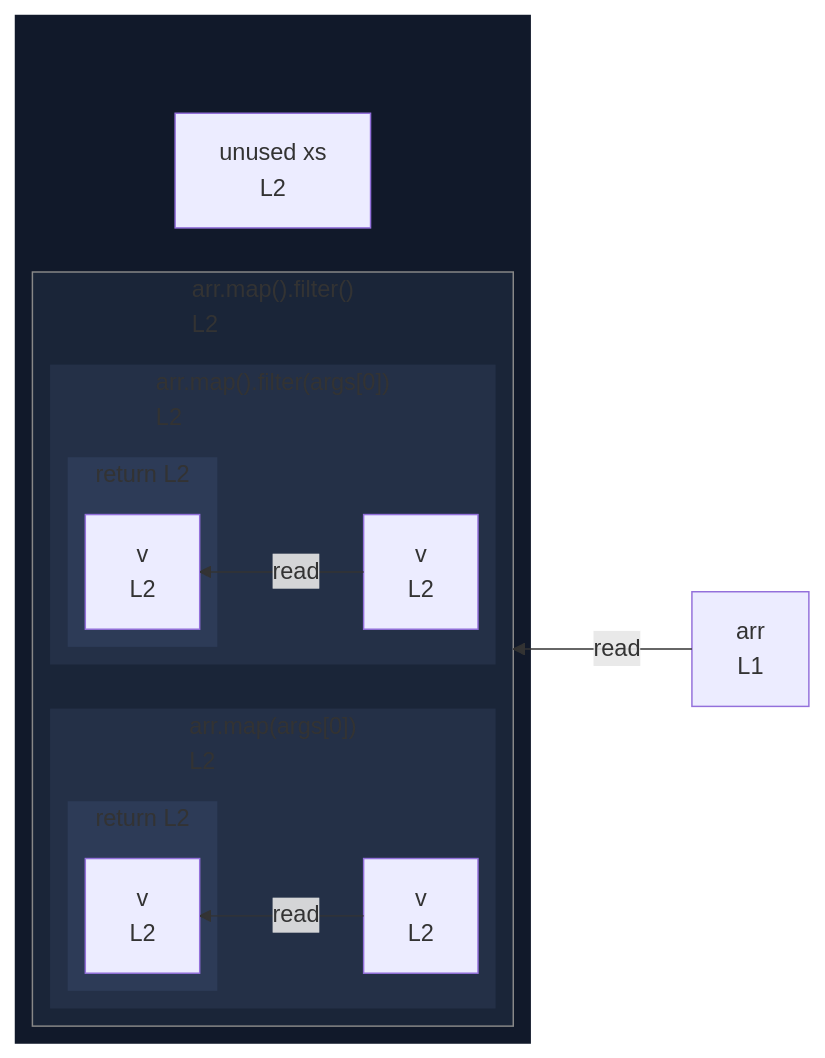
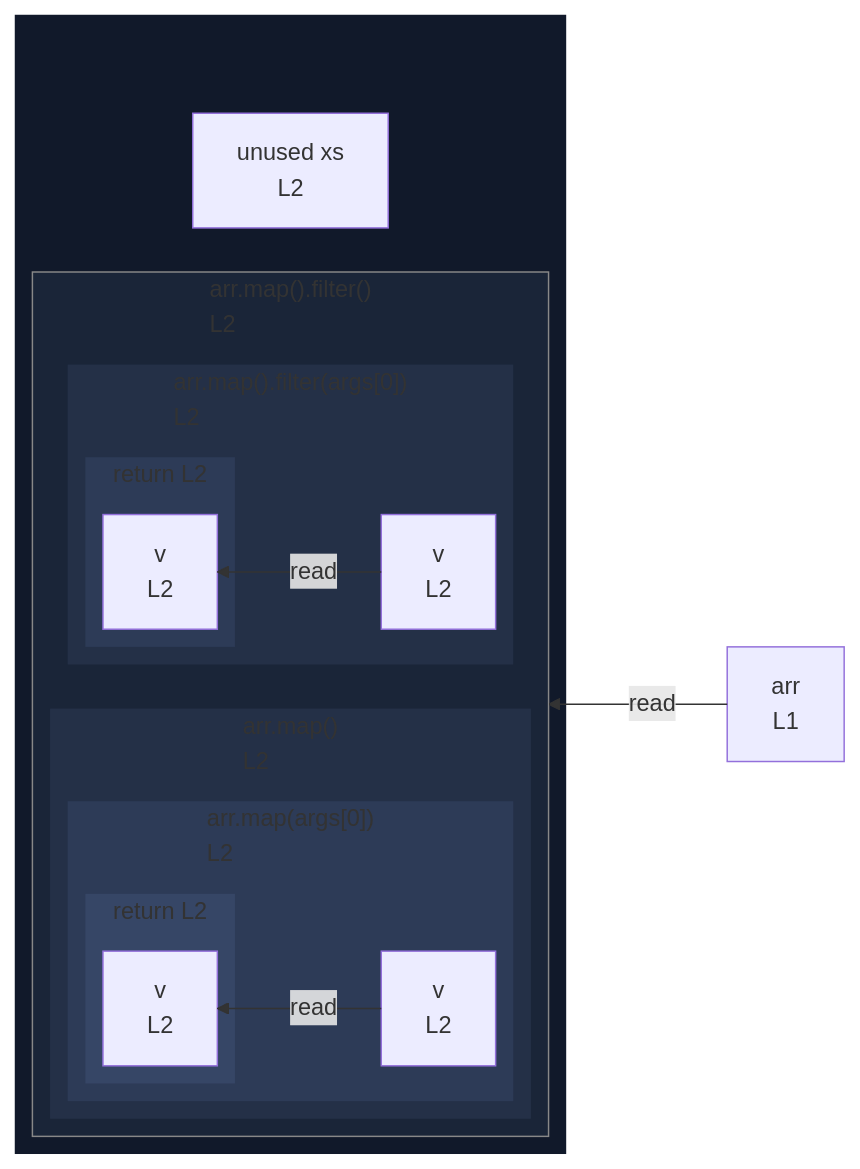
Before and after one commit to crescware/unsnarl: the diagram in integration/fixtures/callback/chained-methods/preview.md, drawn with Mermaid. The commit also changed 8 other files, not shown here.

````diff
--- a/integration/fixtures/callback/chained-methods/preview.md
+++ b/integration/fixtures/callback/chained-methods/preview.md
@@ -12,43 +12,48 @@
 ```mermaid
 %%{init: {"flowchart": {"defaultRenderer": "elk"}}}%%
 flowchart RL
   n_scope_0_arr_6["arr<br/>L1"]
   subgraph wrap_call_proxy_34[" "]
     direction TB
     n_scope_0_xs_29["unused xs<br/>L2"]
     subgraph call_proxy_34["arr.map().filter()<br/>L2"]
       direction RL
-      subgraph s_scope_1["arr.map(args[0])<br/>L2"]
+      subgraph call_proxy_34_55["arr.map()<br/>L2"]
         direction RL
-        n_scope_1_v_43["v<br/>L2"]
-        subgraph s_return_scope_1_49_54["return L2"]
+        subgraph s_scope_1["arr.map(args[0])<br/>L2"]
           direction RL
-          ret_use_ref_3["v<br/>L2"]
+          n_scope_1_v_43["v<br/>L2"]
+          subgraph s_return_scope_1_49_54["return L2"]
+            direction RL
+            ret_use_ref_3["v<br/>L2"]
+          end
         end
       end
       subgraph s_scope_2["arr.map().filter(args[0])<br/>L2"]
         direction RL
         n_scope_2_v_64["v<br/>L2"]
         subgraph s_return_scope_2_70_75["return L2"]
           direction RL
           ret_use_ref_4["v<br/>L2"]
         end
       end
     end
   end
   n_scope_0_arr_6 -->|read| call_proxy_34
   n_scope_1_v_43 -->|read| ret_use_ref_3
   n_scope_2_v_64 -->|read| ret_use_ref_4
   classDef nestL1 fill:#11192a,stroke:transparent;
   class wrap_call_proxy_34 nestL1;
   classDef nestL2 fill:#1a2538,stroke:transparent;
   class call_proxy_34 nestL2;
   classDef nestL3 fill:#243047,stroke:transparent;
-  class s_scope_1 nestL3;
+  class call_proxy_34_55 nestL3;
   class s_scope_2 nestL3;
   classDef nestL4 fill:#2d3b57,stroke:transparent;
-  class s_return_scope_1_49_54 nestL4;
+  class s_scope_1 nestL4;
   class s_return_scope_2_70_75 nestL4;
+  classDef nestL5 fill:#364666,stroke:transparent;
+  class s_return_scope_1_49_54 nestL5;
   classDef edgeTargetSubgraph stroke:#888;
   class call_proxy_34 edgeTargetSubgraph;
 ```
````
